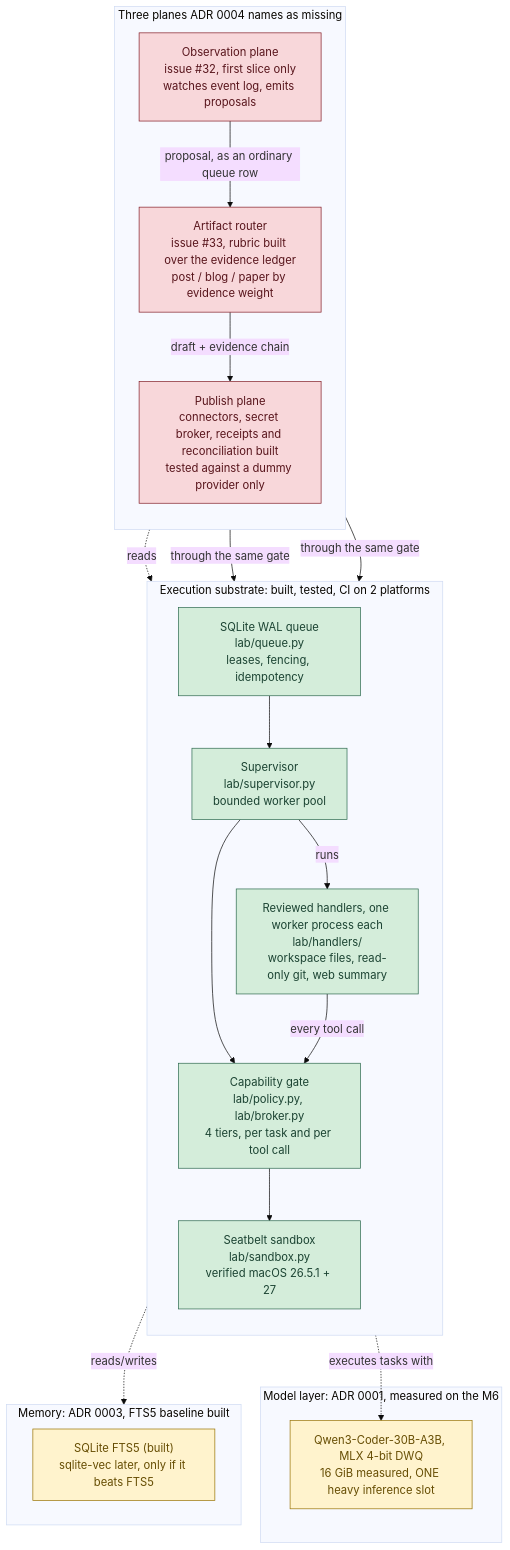
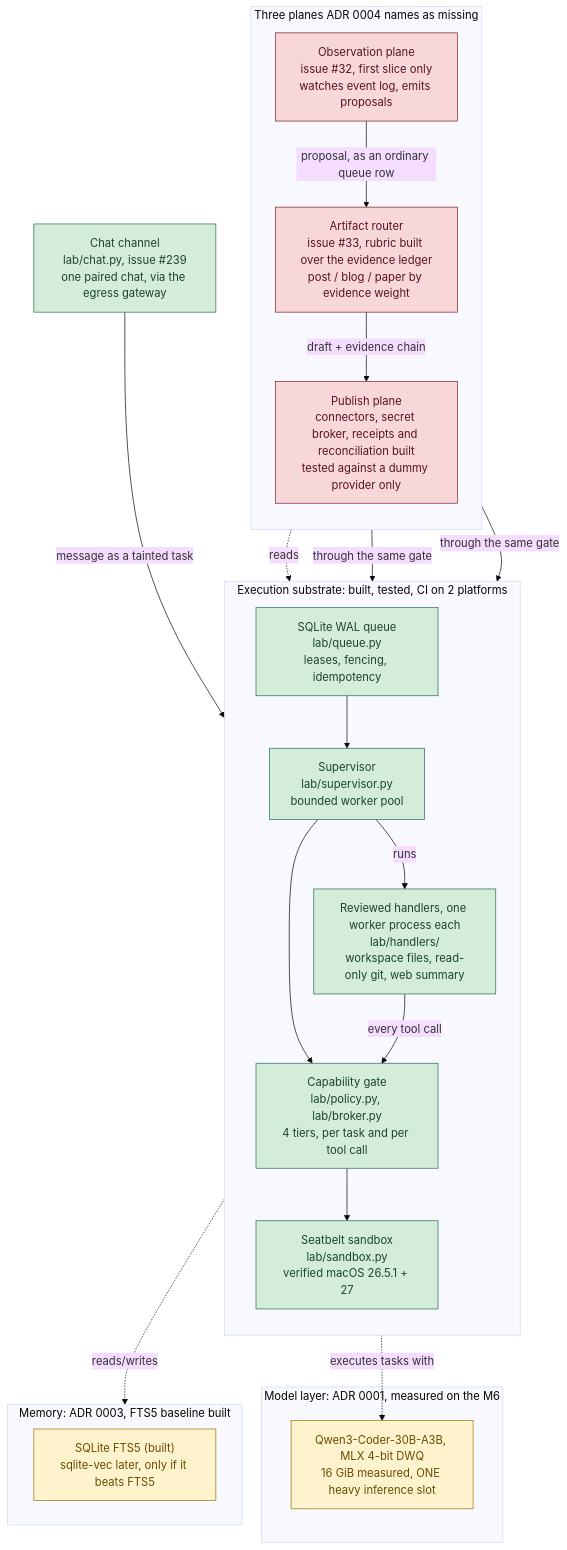
One commit to roshanaryal1/home-lab changed the diagram in docs/ARCHITECTURE.md. Above: the diagram before and after it, drawn with Mermaid (base theme). The commit also changed other lines of this file and 18 other files, not shown here.

````diff
--- a/docs/ARCHITECTURE.md
+++ b/docs/ARCHITECTURE.md
@@ -16,44 +16,47 @@
 ```mermaid
 flowchart TB
     subgraph substrate["Execution substrate: built, tested, CI on 2 platforms"]
         direction TB
         queue["SQLite WAL queue<br/>lab/queue.py<br/>leases, fencing, idempotency"]
         supervisor["Supervisor<br/>lab/supervisor.py<br/>bounded worker pool"]
         gate["Capability gate<br/>lab/policy.py, lab/broker.py<br/>4 tiers, per task and per tool call"]
         sandbox["Seatbelt sandbox<br/>lab/sandbox.py<br/>verified macOS 26.5.1 + 27"]
         handlers["Reviewed handlers, one worker process each<br/>lab/handlers/<br/>workspace files, read-only git, web summary"]
         queue --> supervisor --> gate --> sandbox
         supervisor -->|"runs"| handlers
         handlers -->|"every tool call"| gate
     end
+
+    chatin["Chat channel<br/>lab/chat.py, issue #239<br/>one paired chat, via the egress gateway"]
+    chatin -->|"message as a tainted task"| queue
 
     subgraph model["Model layer: ADR 0001, measured on the M6"]
         heavy["Qwen3-Coder-30B-A3B, MLX 4-bit DWQ<br/>16 GiB measured, ONE heavy inference slot"]
     end
 
     subgraph memory["Memory: ADR 0003, FTS5 baseline built"]
         mem["SQLite FTS5 (built)<br/>sqlite-vec later, only if it beats FTS5"]
     end
 
     subgraph planes["Three planes ADR 0004 names as missing"]
         direction TB
         obs["Observation plane<br/>issue #32, first slice only<br/>watches event log, emits proposals"]
         router["Artifact router<br/>issue #33, rubric built over the evidence ledger<br/>post / blog / paper by evidence weight"]
         publish["Publish plane<br/>connectors, secret broker, receipts and reconciliation built<br/>tested against a dummy provider only"]
         obs -->|"proposal, as an ordinary queue row"| router
         router -->|"draft + evidence chain"| publish
     end
 
     supervisor -.->|"executes tasks with"| heavy
     supervisor -.->|"reads/writes"| memory
     obs -.->|"reads"| queue
     router -->|"through the same gate"| gate
     publish -->|"through the same gate"| gate
 
     classDef built fill:#d4edda,stroke:#2d6a4f,color:#1b4332
     classDef missing fill:#f8d7da,stroke:#842029,color:#58151c
     classDef designonly fill:#fff3cd,stroke:#997404,color:#664d03
-    class queue,supervisor,gate,sandbox,handlers built
+    class queue,supervisor,gate,sandbox,chatin,handlers built
     class obs,router,publish missing
     class heavy,mem designonly
 ```
````
